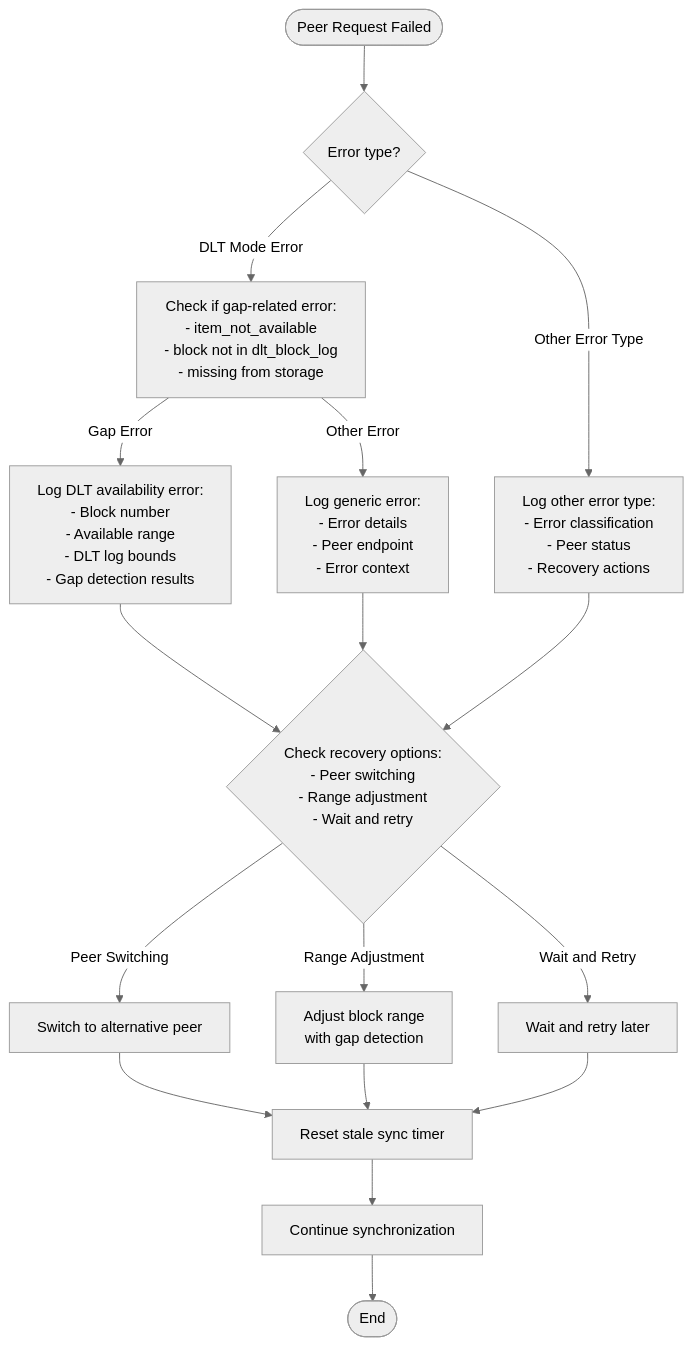
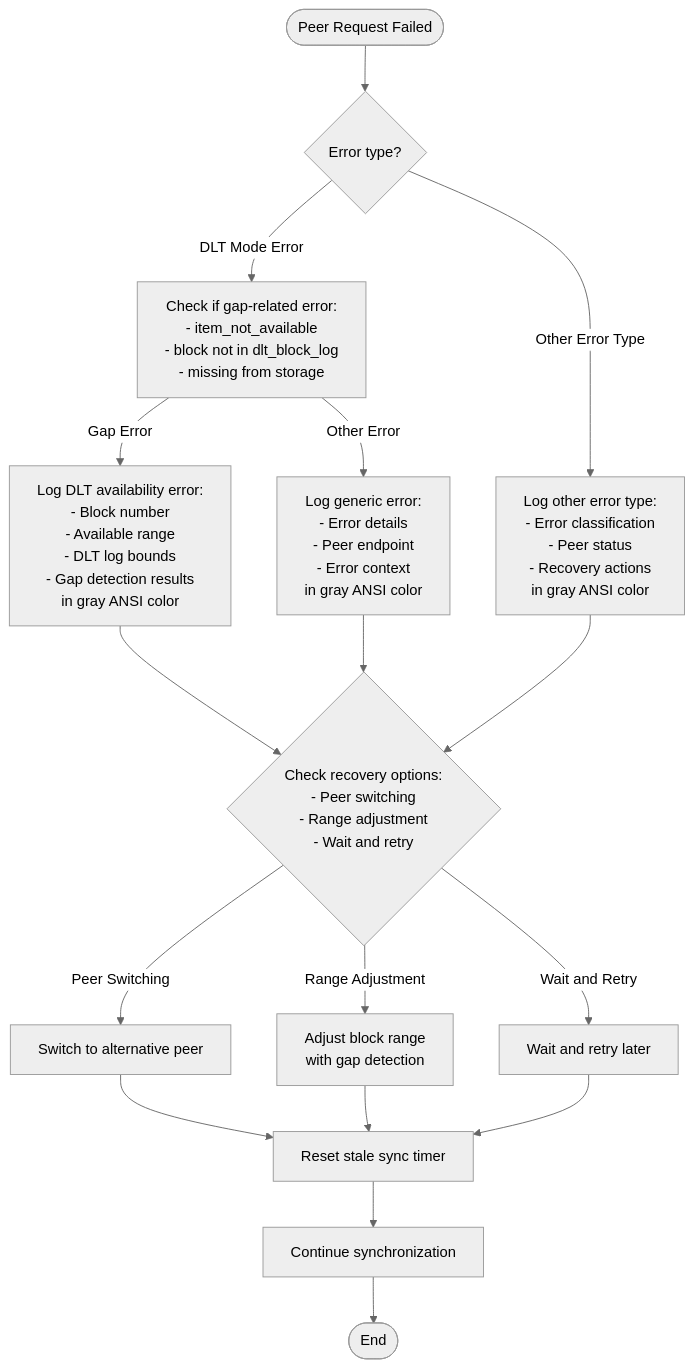
One commit to VIZ-Blockchain/viz-cpp-node changed diagram 19 of 36 in .qoder/repowiki/en/content/P2p Plugin.md. Above: the diagram before and after it, drawn with Mermaid (neutral theme). The commit also changed other lines of this file and 3 other files, not shown here.

````diff
--- a/.qoder/repowiki/en/content/P2p Plugin.md
+++ b/.qoder/repowiki/en/content/P2p Plugin.md
@@ -768,19 +783,19 @@
 ```mermaid
 flowchart TD
 Start([Peer Request Failed]) --> CheckError{"Error type?"}
 CheckError --> |DLT Mode Error| CheckGapError["Check if gap-related error:<br/>- item_not_available<br/>- block not in dlt_block_log<br/>- missing from storage"]
-CheckGapError --> |Gap Error| LogDLTError["Log DLT availability error:<br/>- Block number<br/>- Available range<br/>- DLT log bounds<br/>- Gap detection results"]
-CheckGapError --> |Other Error| LogGenericError["Log generic error:<br/>- Error details<br/>- Peer endpoint<br/>- Error context"]
-CheckError --> |Other Error Type| LogOtherError["Log other error type:<br/>- Error classification<br/>- Peer status<br/>- Recovery actions"]
+CheckGapError --> |Gap Error| LogDLTError["Log DLT availability error:<br/>- Block number<br/>- Available range<br/>- DLT log bounds<br/>- Gap detection results<br/>in gray ANSI color"]
+CheckGapError --> |Other Error| LogGenericError["Log generic error:<br/>- Error details<br/>- Peer endpoint<br/>- Error context<br/>in gray ANSI color"]
+CheckError --> |Other Error Type| LogOtherError["Log other error type:<br/>- Error classification<br/>- Peer status<br/>- Recovery actions<br/>in gray ANSI color"]
 LogDLTError --> CheckRecovery{"Check recovery options:<br/>- Peer switching<br/>- Range adjustment<br/>- Wait and retry"}
 LogGenericError --> CheckRecovery
 LogOtherError --> CheckRecovery
 CheckRecovery --> |Peer Switching| SwitchPeer["Switch to alternative peer"]
 CheckRecovery --> |Range Adjustment| AdjustRange["Adjust block range<br/>with gap detection"]
 CheckRecovery --> |Wait and Retry| WaitRetry["Wait and retry later"]
 SwitchPeer --> ResetTimer["Reset stale sync timer"]
 AdjustRange --> ResetTimer
 WaitRetry --> ResetTimer
 ResetTimer --> ContinueSync["Continue synchronization"]
 ContinueSync --> End([End])
 ```
````
